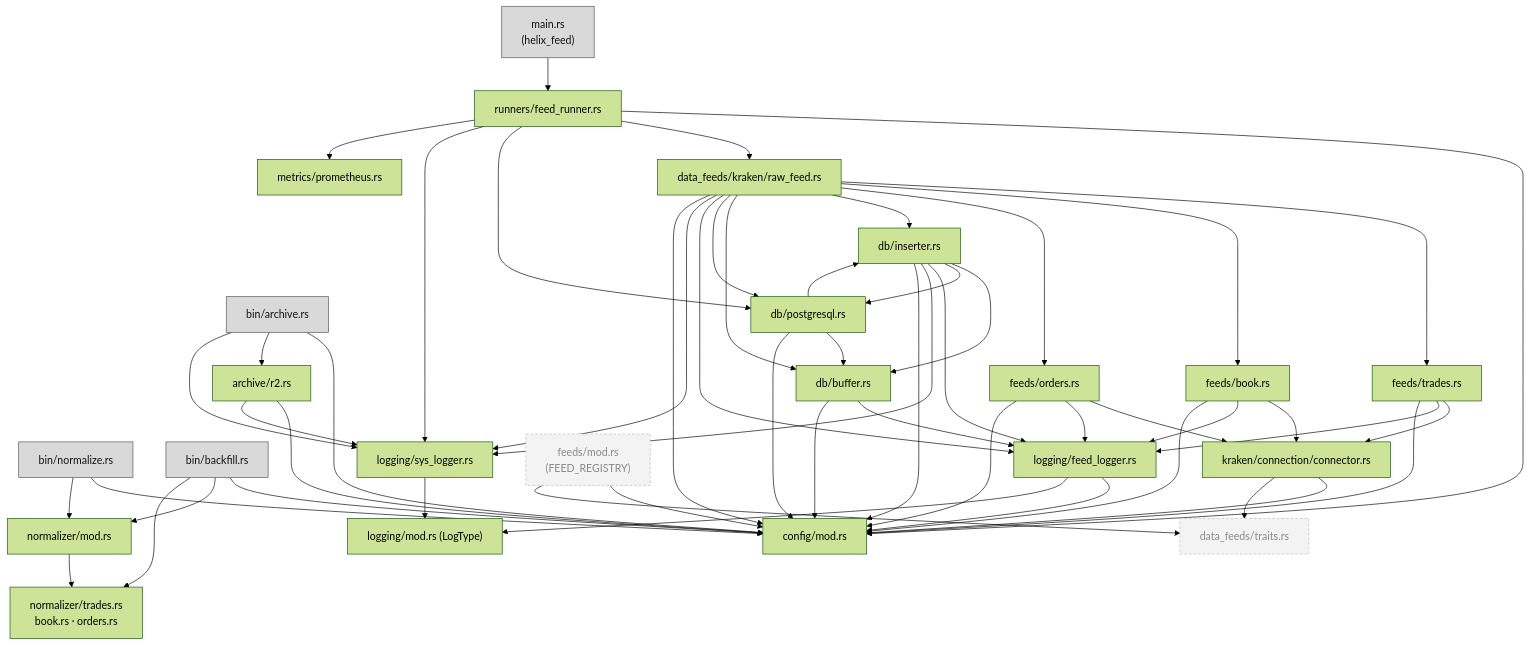
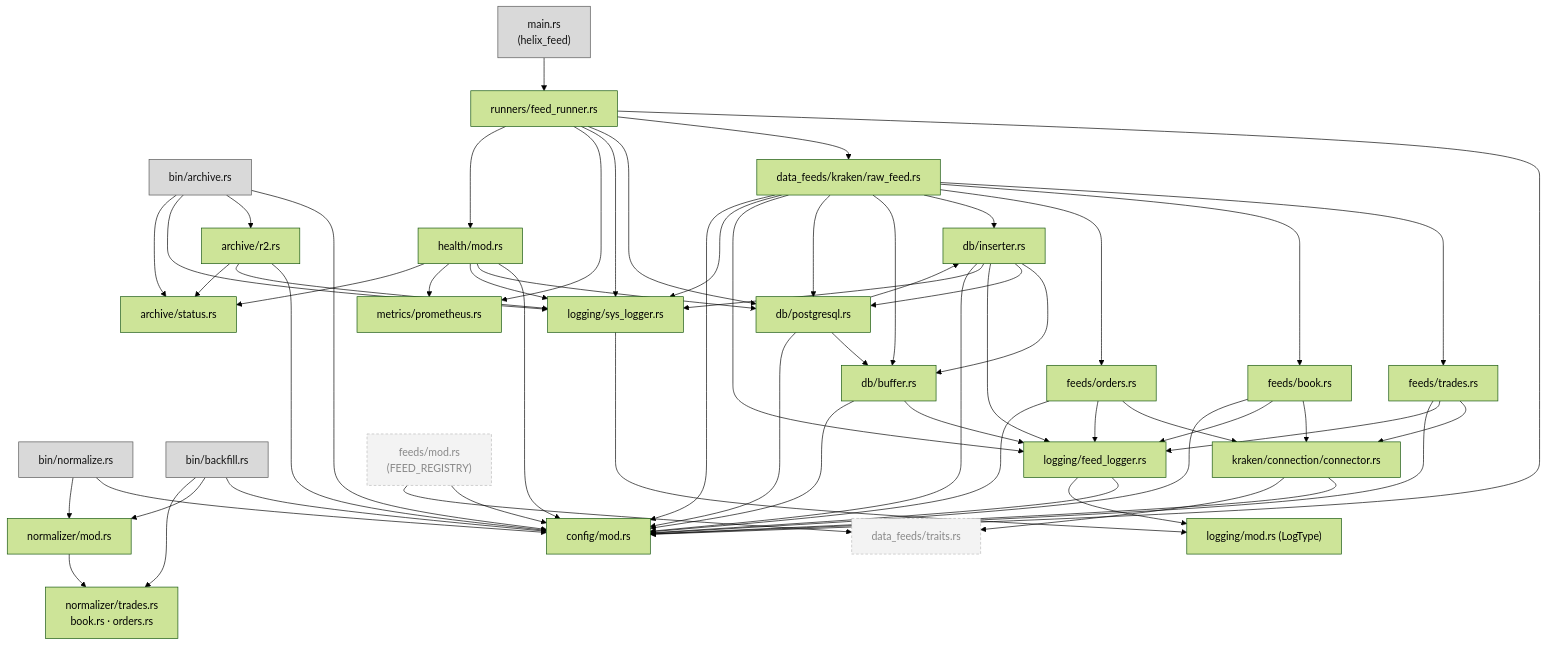
One commit to Dakotah-Torres/HelixFeed changed the diagram in docs/modules.md. Above: the diagram before and after it, drawn with Mermaid (forest theme). The commit also changed other lines of this file and 20 other files, not shown here.

````diff
--- a/docs/modules.md
+++ b/docs/modules.md
@@ -11,48 +11,51 @@
 ```mermaid
 flowchart TD
     classDef bin fill:#d9d9d9,stroke:#555,color:#111
     classDef dead fill:#f3f3f3,stroke:#bbb,color:#888,stroke-dasharray: 4 3
 
     MAIN["main.rs<br/>(helix_feed)"]:::bin
     BNORM["bin/normalize.rs"]:::bin
     BARCH["bin/archive.rs"]:::bin
     BBACK["bin/backfill.rs"]:::bin
 
     FR["runners/feed_runner.rs"]
     RF["data_feeds/kraken/raw_feed.rs"]
     TR["feeds/trades.rs"]
     BK["feeds/book.rs"]
     OR["feeds/orders.rs"]
     CONN["kraken/connection/connector.rs"]
     INS["db/inserter.rs"]
     BUF["db/buffer.rs"]
     PGM["db/postgresql.rs"]
     CFG["config/mod.rs"]
     FLOG["logging/feed_logger.rs"]
     SLOG["logging/sys_logger.rs"]
     LOGT["logging/mod.rs (LogType)"]
     MET["metrics/prometheus.rs"]
+    HP["health/mod.rs"]
+    AST["archive/status.rs"]
     NORM["normalizer/mod.rs"]
     NT["normalizer/trades.rs<br/>book.rs · orders.rs"]
     R2["archive/r2.rs"]
     TRAITS["data_feeds/traits.rs"]:::dead
     FMOD["feeds/mod.rs<br/>(FEED_REGISTRY)"]:::dead
 
     MAIN --> FR
-    FR --> CFG & RF & PGM & SLOG & MET
+    FR --> CFG & RF & PGM & SLOG & MET & HP
+    HP --> CFG & PGM & SLOG & MET & AST
     RF --> TR & BK & OR & INS & BUF & PGM & FLOG & SLOG & CFG
     TR & BK & OR --> CONN & FLOG & CFG
     CONN --> CFG & TRAITS
     INS --> BUF & PGM & FLOG & SLOG & CFG
     PGM --> BUF & INS & CFG
     BUF --> FLOG & CFG
     FLOG --> CFG & LOGT
     SLOG --> LOGT
 
     BNORM --> CFG & NORM
     BBACK --> CFG & NORM & NT
     NORM --> NT
-    BARCH --> CFG & R2 & SLOG
-    R2 --> CFG & SLOG
+    BARCH --> CFG & R2 & SLOG & AST
+    R2 --> CFG & SLOG & AST
     FMOD --> CFG & TRAITS
 ```
````
